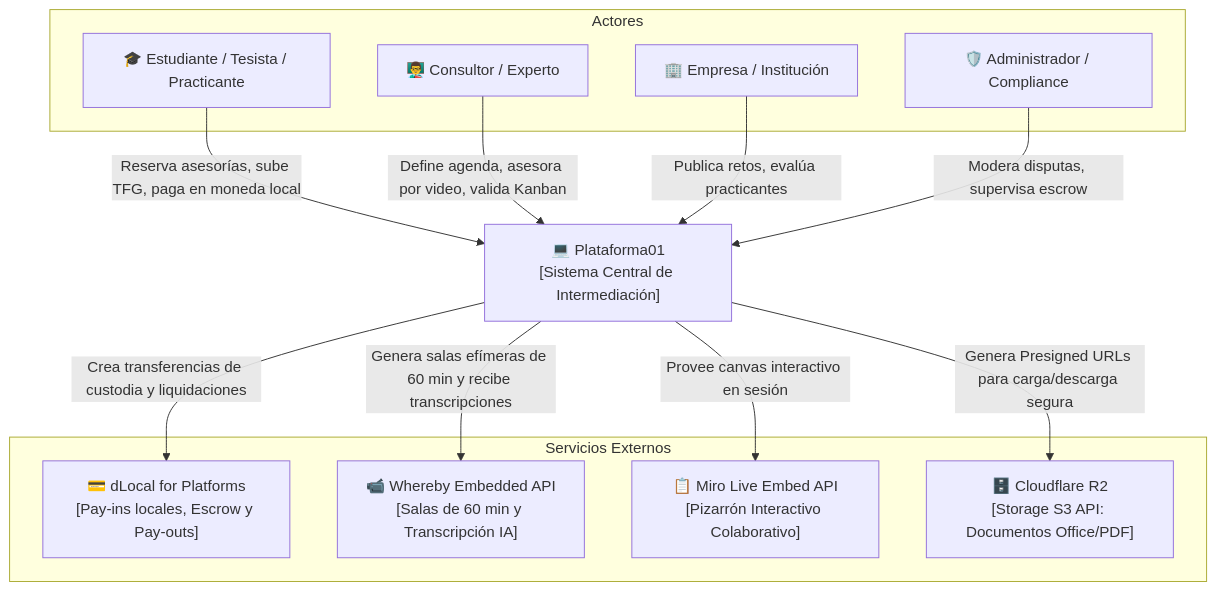
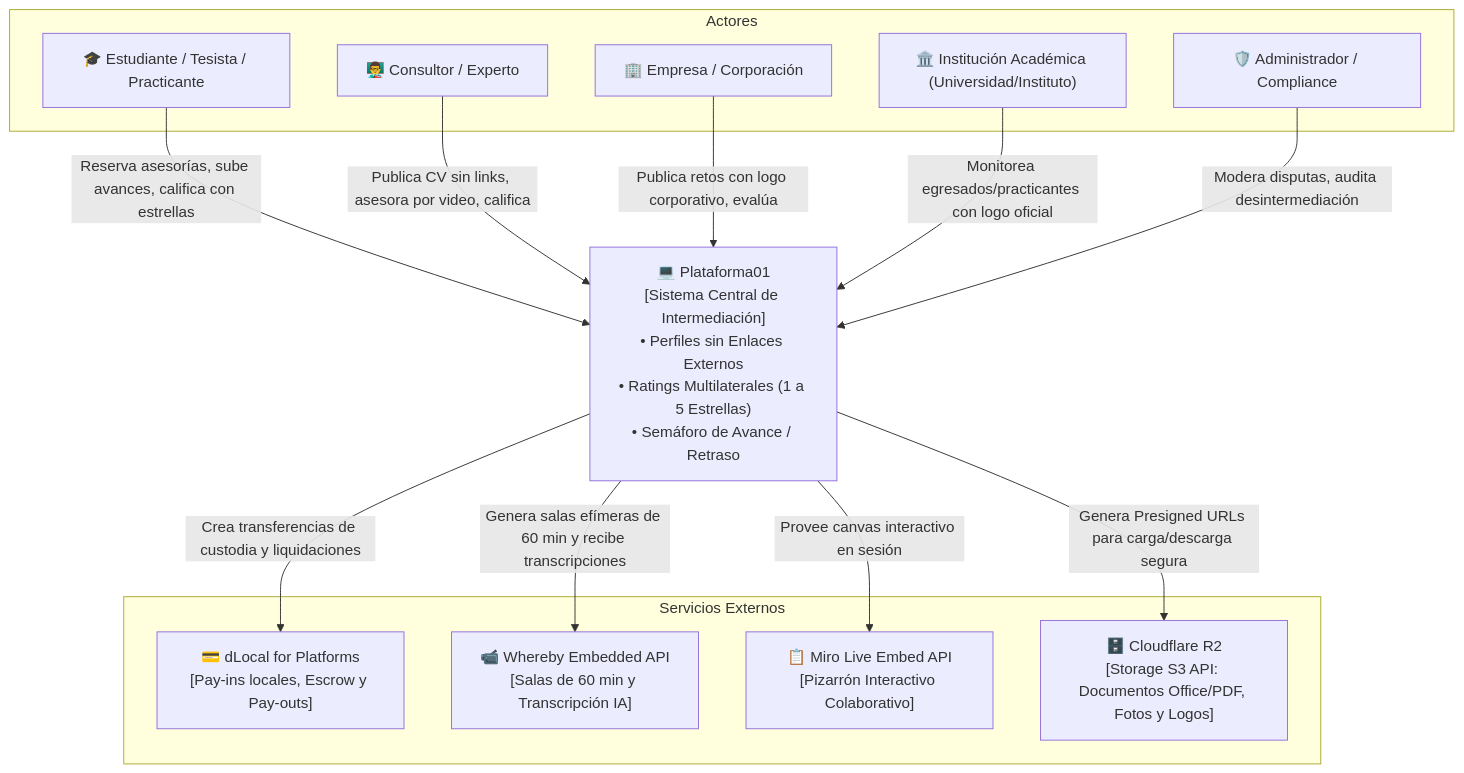
The first of 7 diagrams in docs/03_architecture_and_design.md (pcloayza3/plataforma01), drawn with Mermaid before and after one commit. The commit also changed other lines of this file and 1 other file, not shown here.

Commit message:
docs(design): incorporar perfiles estructurados con fotos/logos sin links externos, calificaciones 1-5 estrellas y semaforo de avance/retraso

````diff
--- a/docs/03_architecture_and_design.md
+++ b/docs/03_architecture_and_design.md
@@ -16,28 +16,30 @@
 ```mermaid
 graph TD
     subgraph Actores
         E["🎓 Estudiante / Tesista / Practicante"]
         C["👨‍🏫 Consultor / Experto"]
-        Emp["🏢 Empresa / Institución"]
+        Emp["🏢 Empresa / Corporación"]
+        Inst["🏛️ Institución Académica (Universidad/Instituto)"]
         A["🛡️ Administrador / Compliance"]
     end
 
-    Sys["💻 Plataforma01<br/>[Sistema Central de Intermediación]"]
+    Sys["💻 Plataforma01<br/>[Sistema Central de Intermediación]<br/>• Perfiles sin Enlaces Externos<br/>• Ratings Multilaterales (1 a 5 Estrellas)<br/>• Semáforo de Avance / Retraso"]
 
     subgraph Servicios Externos
         DL["💳 dLocal for Platforms<br/>[Pay-ins locales, Escrow y Pay-outs]"]
         WB["📹 Whereby Embedded API<br/>[Salas de 60 min y Transcripción IA]"]
         MR["📋 Miro Live Embed API<br/>[Pizarrón Interactivo Colaborativo]"]
-        R2["🗄️ Cloudflare R2<br/>[Storage S3 API: Documentos Office/PDF]"]
+        R2["🗄️ Cloudflare R2<br/>[Storage S3 API: Documentos Office/PDF, Fotos y Logos]"]
     end
 
-    E -->|Reserva asesorías, sube TFG, paga en moneda local| Sys
-    C -->|Define agenda, asesora por video, valida Kanban| Sys
-    Emp -->|Publica retos, evalúa practicantes| Sys
-    A -->|Modera disputas, supervisa escrow| Sys
+    E -->|Reserva asesorías, sube avances, califica con estrellas| Sys
+    C -->|Publica CV sin links, asesora por video, califica| Sys
+    Emp -->|Publica retos con logo corporativo, evalúa| Sys
+    Inst -->|Monitorea egresados/practicantes con logo oficial| Sys
+    A -->|Modera disputas, audita desintermediación| Sys
 
     Sys -->|Crea transferencias de custodia y liquidaciones| DL
     Sys -->|Genera salas efímeras de 60 min y recibe transcripciones| WB
     Sys -->|Provee canvas interactivo en sesión| MR
     Sys -->|Genera Presigned URLs para carga/descarga segura| R2
 ```
````
